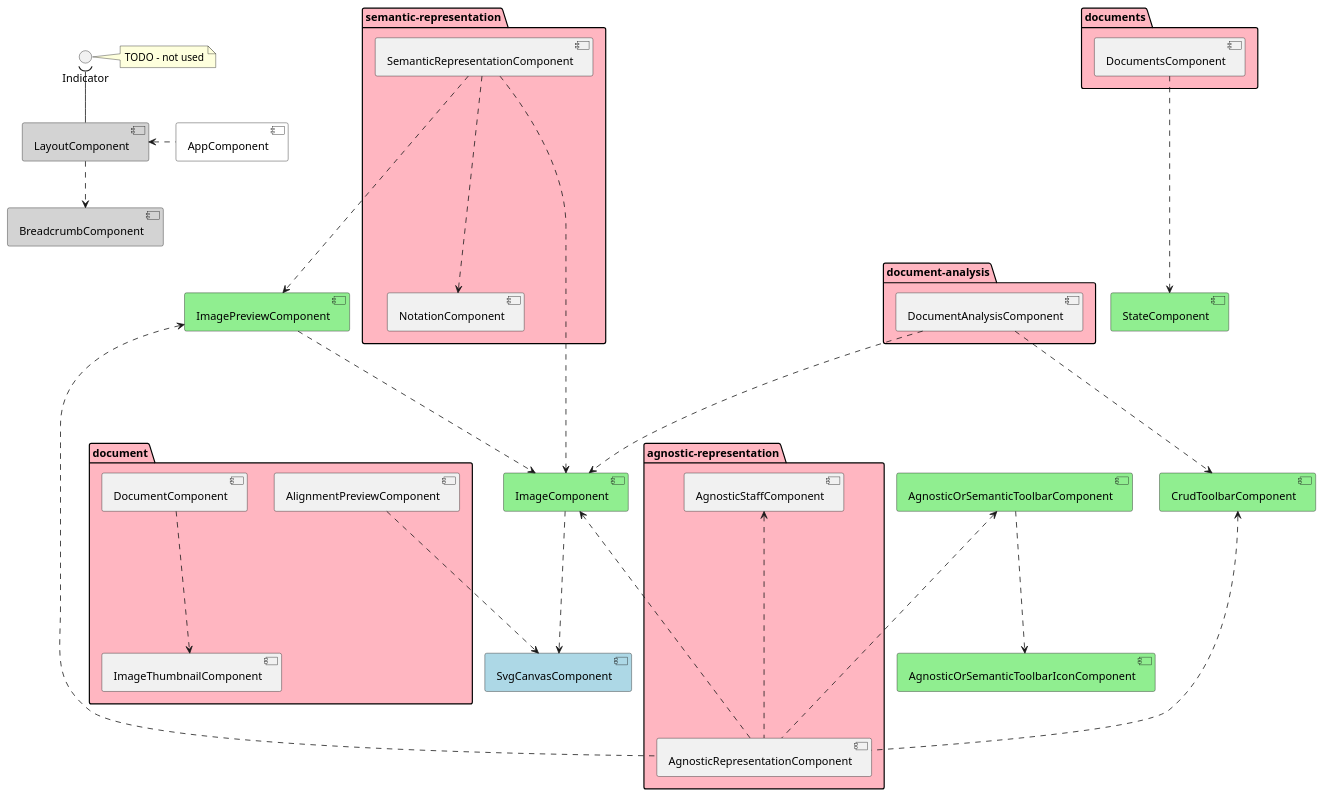
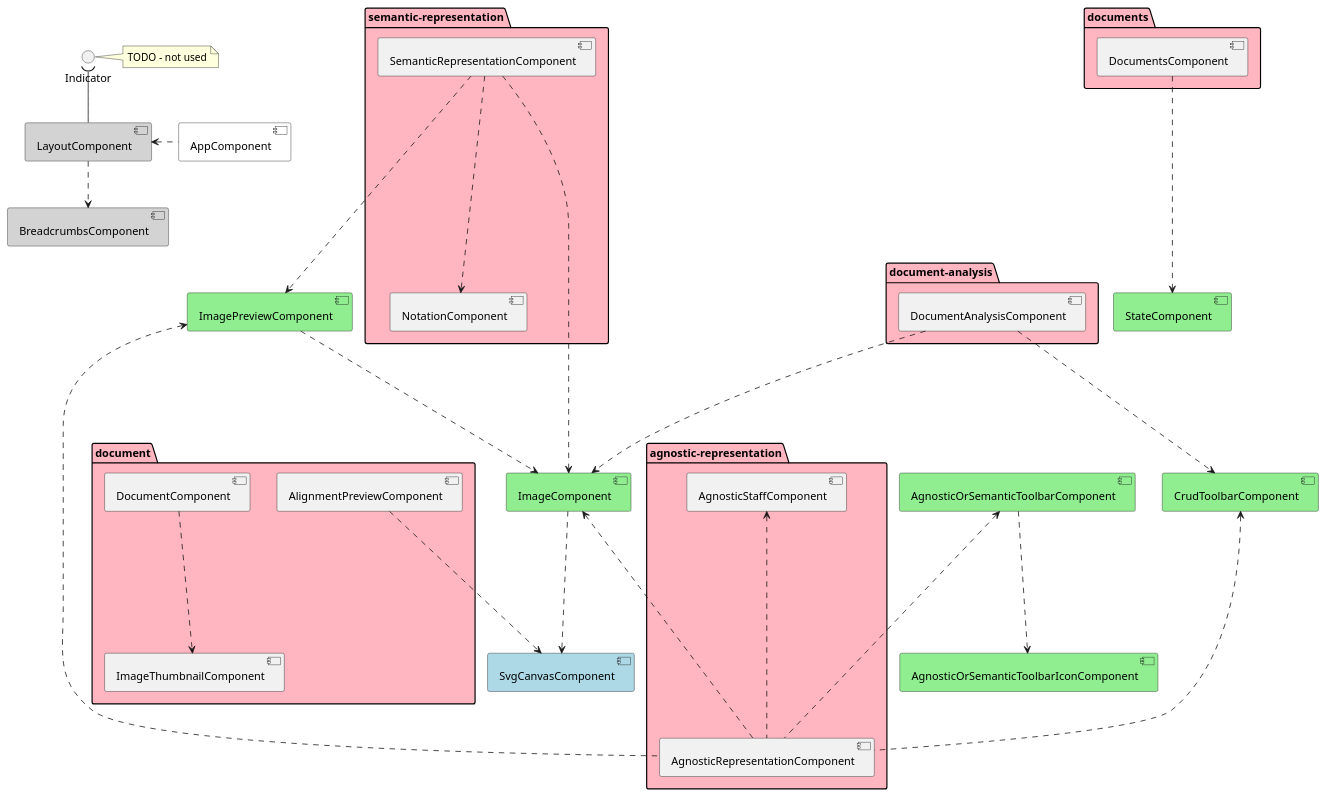
One commit to HISPAMUS/muret changed the diagram in documentation/readme.md. Above: the diagram before and after it, drawn with PlantUML. The commit also changed other lines of this file and 62 other files, not shown here.

````diff
--- a/documentation/readme.md
+++ b/documentation/readme.md
@@ -79,74 +79,74 @@
 ```puml
 @startuml
 
 [SvgCanvasComponent] #LightBlue       
 
 [CrudToolbarComponent] #LightGreen
  
 [StateComponent] #LightGreen
  
 [AgnosticOrSemanticToolbarIconComponent] #LightGreen
 
 [AgnosticOrSemanticToolbarComponent] #LightGreen
     [AgnosticOrSemanticToolbarComponent] ....> [AgnosticOrSemanticToolbarIconComponent]
     
 [ImageComponent] #LightGreen
         [ImageComponent] ....> [SvgCanvasComponent]
     
 [ImagePreviewComponent] #LightGreen
     [ImagePreviewComponent] ....> [ImageComponent] 
     
 
 package "agnostic-representation" #LightPink {
     [AgnosticStaffComponent]
 
     [AgnosticRepresentationComponent]
         [CrudToolbarComponent] <..... [AgnosticRepresentationComponent] 
         [AgnosticStaffComponent] <..... [AgnosticRepresentationComponent] 
         [AgnosticOrSemanticToolbarComponent] <..... [AgnosticRepresentationComponent] 
         [ImagePreviewComponent] <..... [AgnosticRepresentationComponent] 
         [ImageComponent] <..... [AgnosticRepresentationComponent]
         
 }    
 package "document" #LightPink {
     [AlignmentPreviewComponent]
         [AlignmentPreviewComponent] ....> [SvgCanvasComponent]
         
     [ImageThumbnailComponent]
 
     [DocumentComponent]
         [DocumentComponent] ....> [ImageThumbnailComponent]        
 }       
 package "document-analysis" #LightPink {
     [DocumentAnalysisComponent]
         [DocumentAnalysisComponent] ....> [CrudToolbarComponent]
         [DocumentAnalysisComponent] ....> [ImageComponent]
 
 }         
 package "documents" #LightPink {
     [DocumentsComponent]
         [DocumentsComponent] ....> [StateComponent]
 }     
 
 package "semantic-representation" #LightPink {
     [NotationComponent]
     
     [SemanticRepresentationComponent] 
         [SemanticRepresentationComponent] ....> [ImagePreviewComponent]
         [SemanticRepresentationComponent] ....> [ImageComponent]
         [SemanticRepresentationComponent] ....> [NotationComponent]
 }                               
 
-[BreadcrumbComponent] #LightGray
+[BreadcrumbsComponent] #LightGray
 
 [LayoutComponent] #LightGray    
     () "Indicator" as layout.Indicator
     layout.Indicator )-- [LayoutComponent]
-    [LayoutComponent] .down.> BreadcrumbComponent
+    [LayoutComponent] .down.> BreadcrumbsComponent
 
 [AppComponent] #White
 [AppComponent] .left.> [LayoutComponent]
 
 note right of layout.Indicator : TODO - not used
 @enduml
 ```
````
